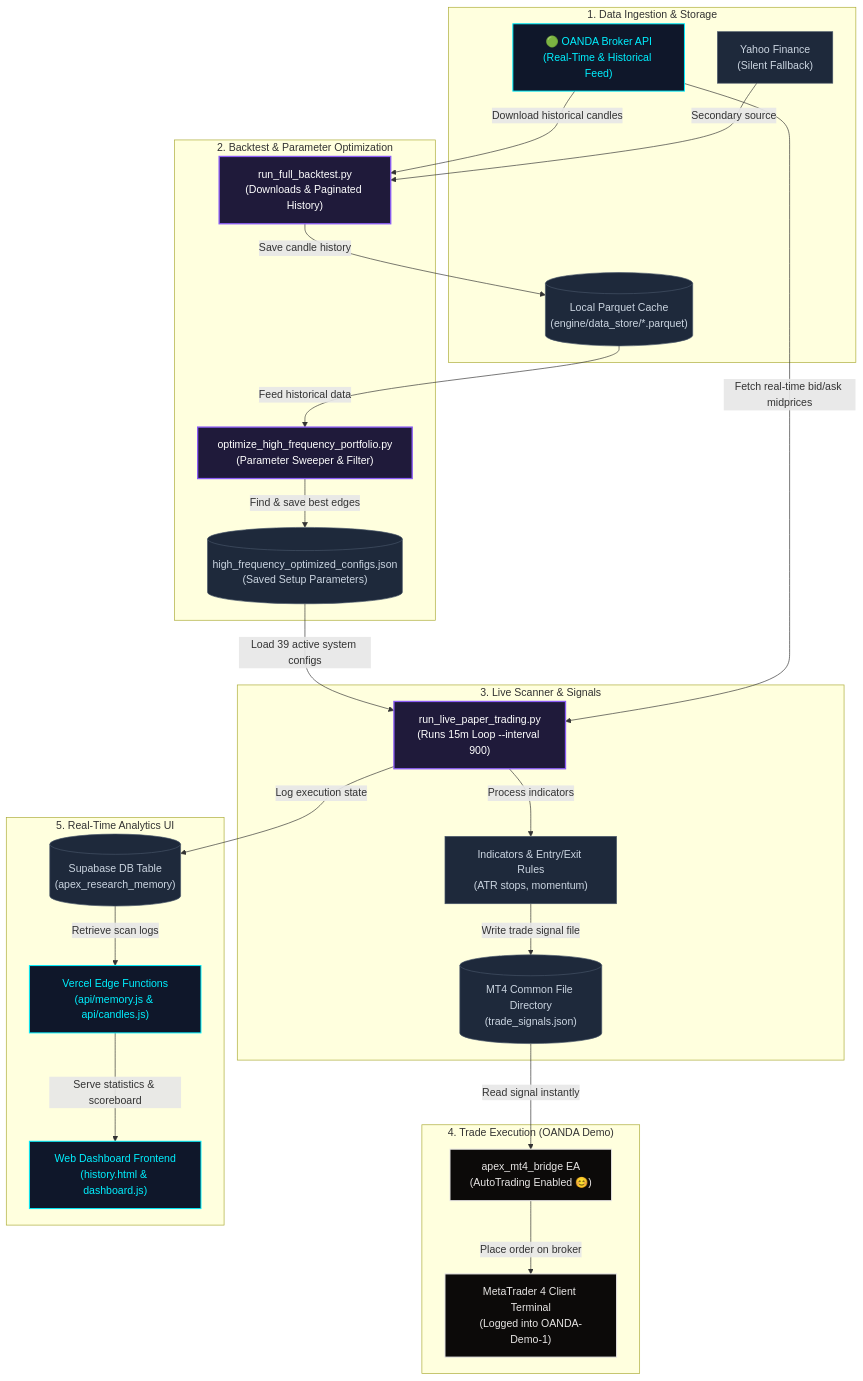
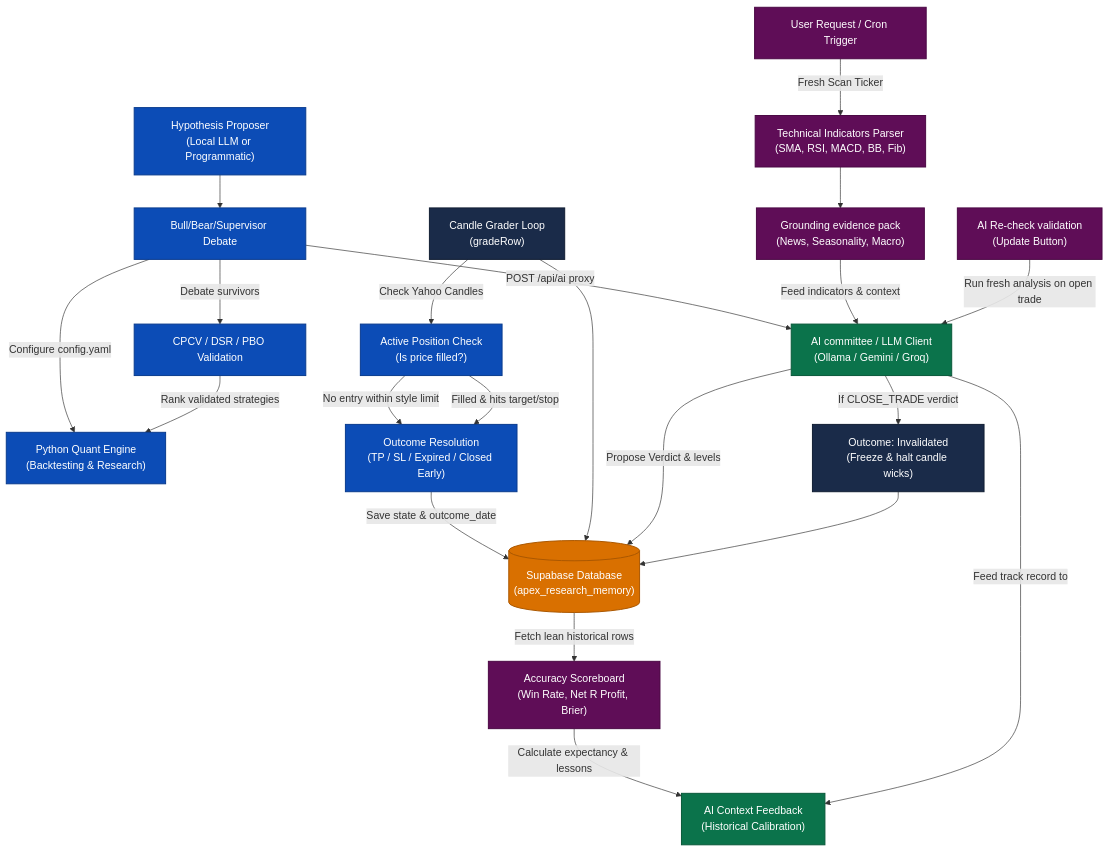
The diagram in system_architecture.md (zainm01800/apexfx), drawn with Mermaid before and after one commit. The commit also changed other lines of this file and 1 other file, not shown here.

Commit message:
docs: align system architecture markdown and image to match backend quant engine flow structure

````diff
--- a/system_architecture.md
+++ b/system_architecture.md
@@ -7,54 +7,59 @@
 ```mermaid
 graph TD
-    classDef main fill:#1f1a3a,stroke:#8b5cf6,stroke-width:2px,color:#fff;
-    classDef data fill:#1e293b,stroke:#475569,stroke-width:1px,color:#cbd5e1;
-    classDef api fill:#0f172a,stroke:#00f0ff,stroke-width:1.5px,color:#00f0ff;
-    classDef execution fill:#0c0a09,stroke:#e7e5e4,stroke-width:1.5px,color:#e7e5e4;
+    %% Style Definitions (Matching the Purple, Blue, Green, Orange Theme)
+    classDef purple fill:#5f0d57,stroke:#4a0844,stroke-width:1.5px,color:#fff;
+    classDef blue fill:#0c4cb6,stroke:#093b8e,stroke-width:1.5px,color:#fff;
+    classDef green fill:#0b734b,stroke:#085839,stroke-width:1.5px,color:#fff;
+    classDef orange fill:#d97000,stroke:#aa5800,stroke-width:1.5px,color:#fff;
+    classDef darkblue fill:#1a2b49,stroke:#111e33,stroke-width:1.5px,color:#fff;
 
-    subgraph DATA_FEEDS["1. Data Ingestion & Storage"]
-        OANDA["🟢 OANDA Broker API<br/>(Real-Time & Historical Feed)"]:::api
-        YF["Yahoo Finance<br/>(Silent Fallback)"]:::data
-        CACHE[("Local Parquet Cache<br/>(engine/data_store/*.parquet)")]:::data
-    end
+    %% Nodes Placement
+    UR["User Request / Cron Trigger"]:::purple
+    TIP["Technical Indicators Parser<br/>(SMA, RSI, MACD, BB, Fib)"]:::purple
+    GEP["Grounding evidence pack<br/>(News, Seasonality, Macro)"]:::purple
+    ARV["AI Re-check validation<br/>(Update Button)"]:::purple
+    
+    HP["Hypothesis Proposer<br/>(Local LLM or Programmatic)"]:::blue
+    BBSD["Bull/Bear/Supervisor Debate"]:::blue
+    CDPV["CPCV / DSR / PBO Validation"]:::blue
+    PQE["Python Quant Engine<br/>(Backtesting & Research)"]:::blue
+    
+    AIC["AI committee / LLM Client<br/>(Ollama / Gemini / Groq)"]:::green
+    ACF["AI Context Feedback<br/>(Historical Calibration)"]:::green
+    
+    APC["Active Position Check<br/>(Is price filled?)"]:::blue
+    OR["Outcome Resolution<br/>(TP / SL / Expired / Closed Early)"]:::blue
+    OI["Outcome: Invalidated<br/>(Freeze & halt candle wicks)"]:::darkblue
+    CGL["Candle Grader Loop<br/>(gradeRow)"]:::darkblue
+    
+    DB[("Supabase Database<br/>(apex_research_memory)")]:::orange
+    AS["Accuracy Scoreboard<br/>(Win Rate, Net R Profit, Brier)"]:::purple
 
-    subgraph SYSTEM_ENGINE["2. Backtest & Parameter Optimization"]
-        BTEST["run_full_backtest.py<br/>(Downloads & Paginated History)"]:::main
-        OPT["optimize_high_frequency_portfolio.py<br/>(Parameter Sweeper & Filter)"]:::main
-        CONF_JSON[("high_frequency_optimized_configs.json<br/>(Saved Setup Parameters)")]:::data
-    end
-
-    subgraph LIVE_TRADING["3. Live Scanner & Signals"]
-        BOT["run_live_paper_trading.py<br/>(Runs 15m Loop --interval 900)"]:::main
-        IND["Indicators & Entry/Exit Rules<br/>(ATR stops, momentum)"]:::data
-        SIG_DIR[("MT4 Common File Directory<br/>(trade_signals.json)")]:::data
-    end
-
-    subgraph MT4_BRIDGE["4. Trade Execution (OANDA Demo)"]
-        MT4["MetaTrader 4 Client Terminal<br/>(Logged into OANDA-Demo-1)"]:::execution
-        EA["apex_mt4_bridge EA<br/>(AutoTrading Enabled 😊)"]:::execution
-    end
-
-    subgraph WEB_DASHBOARD["5. Real-Time Analytics UI"]
-        SUPA[("Supabase DB Table<br/>(apex_research_memory)")]:::data
-        VAPI["Vercel Edge Functions<br/>(api/memory.js & api/candles.js)"]:::api
-        UI["Web Dashboard Frontend<br/>(history.html & dashboard.js)"]:::api
-    end
-
-    %% Data Flow Connections
-    OANDA -->|Download historical candles| BTEST
-    YF -->|Secondary source| BTEST
-    BTEST -->|Save candle history| CACHE
-    CACHE -->|Feed historical data| OPT
-    OPT -->|Find & save best edges| CONF_JSON
-
-    CONF_JSON -->|Load 39 active system configs| BOT
-    OANDA -->|Fetch real-time bid/ask midprices| BOT
-    BOT -->|Process indicators| IND
-    IND -->|Write trade signal file| SIG_DIR
-    SIG_DIR -->|Read signal instantly| EA
-    EA -->|Place order on broker| MT4
-
-    BOT -->|Log execution state| SUPA
-    SUPA -->|Retrieve scan logs| VAPI
-    VAPI -->|Serve statistics & scoreboard| UI
+    %% Logical Flows & Connectors
+    UR -->|Fresh Scan Ticker| TIP
+    TIP --> GEP
+    
+    HP --> BBSD
+    BBSD -->|POST /api/ai proxy| AIC
+    BBSD -->|Configure config.yaml| PQE
+    BBSD -->|Debate survivors| CDPV
+    CDPV -->|Rank validated strategies| PQE
+    
+    GEP -->|Feed indicators & context| AIC
+    ARV -->|Run fresh analysis on open trade| AIC
+    
+    APC -->|No entry within style limit| OR
+    APC -->|Filled & hits target/stop| OR
+    OR -->|Save state & outcome_date| DB
+    
+    CGL -->|Check Yahoo Candles| APC
+    CGL --> DB
+    
+    AIC -->|Propose Verdict & levels| DB
+    AIC -->|If CLOSE_TRADE verdict| OI
+    OI --> DB
+    
+    DB -->|Fetch lean historical rows| AS
+    AS -->|Calculate expectancy & lessons| ACF
+    AIC -->|Feed track record to| ACF
 ```
````
